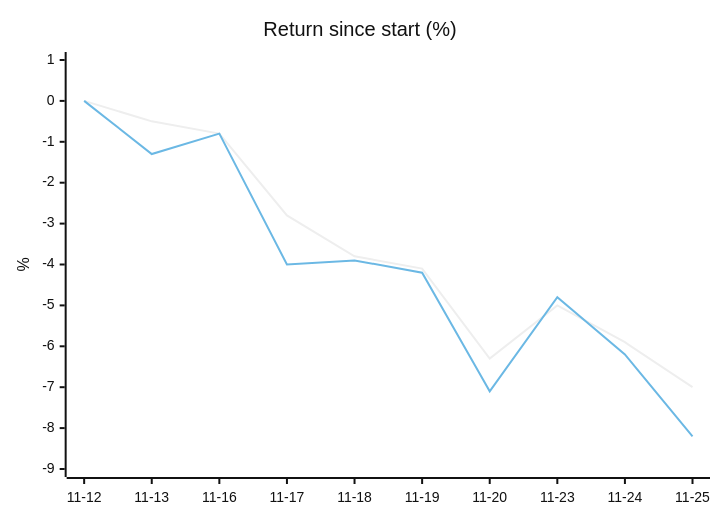
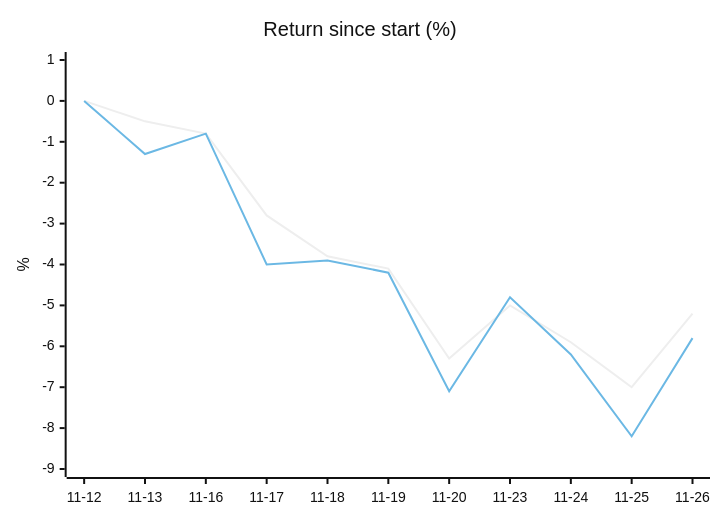
One commit to owlpowell50-creator/trading-bot changed the diagram in 06 - One-Month Trial.md. Above: the diagram before and after it, drawn with Mermaid (neutral theme). The commit also changed other lines of this file and 17 other files, not shown here.

````diff
--- a/06 - One-Month Trial.md
+++ b/06 - One-Month Trial.md
@@ -38,8 +39,8 @@
 ```mermaid
 xychart-beta
     title "Return since start (%)"
-    x-axis ["11-12", "11-13", "11-16", "11-17", "11-18", "11-19", "11-20", "11-23", "11-24", "11-25"]
+    x-axis ["11-12", "11-13", "11-16", "11-17", "11-18", "11-19", "11-20", "11-23", "11-24", "11-25", "11-26"]
     y-axis "%" -9 --> 1
-    line [-0.0, -0.5, -0.8, -2.8, -3.8, -4.1, -6.3, -5.0, -5.9, -7.0]
-    line [0.0, -1.3, -0.8, -4.0, -3.9, -4.2, -7.1, -4.8, -6.2, -8.2]
+    line [-0.0, -0.5, -0.8, -2.8, -3.8, -4.1, -6.3, -5.0, -5.9, -7.0, -5.2]
+    line [0.0, -1.3, -0.8, -4.0, -3.9, -4.2, -7.1, -4.8, -6.2, -8.2, -5.8]
 ```
````
